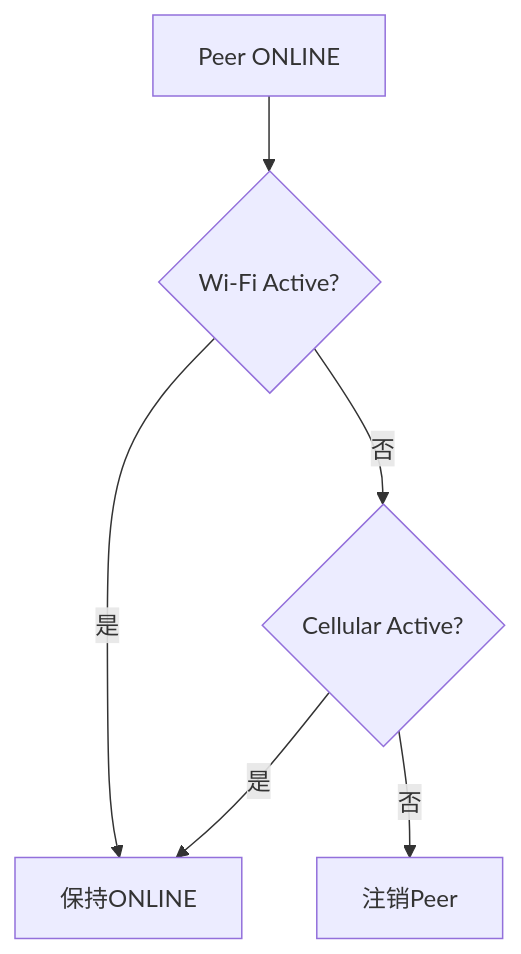
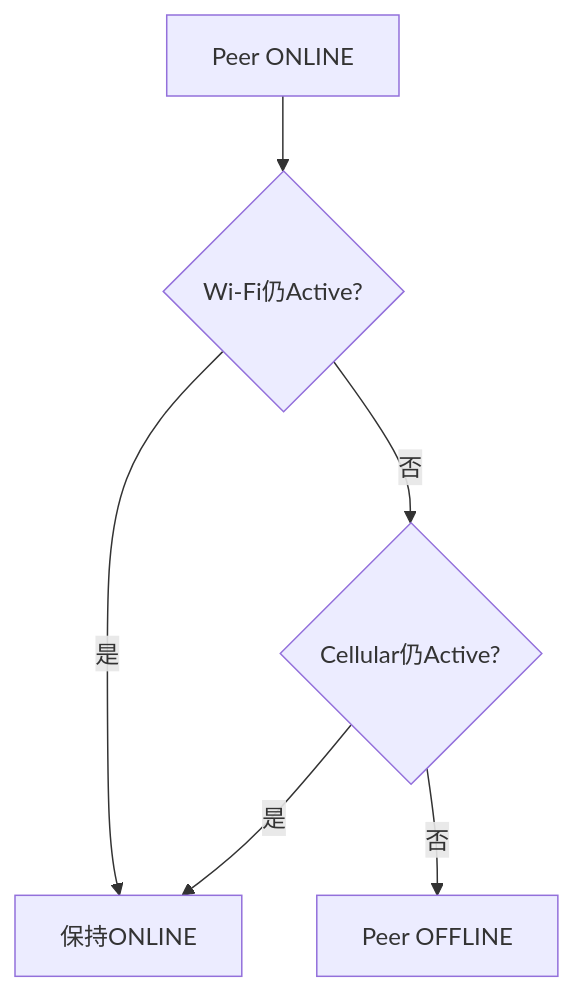
The eighth of 15 diagrams in linkg-project-plan/LinkG项目具体落实方案_模块化/03-M03-Node与Discovery设备发现.md (wnd443724421-cell/linkg), drawn with Mermaid before and after one commit. The commit also changed other lines of this file, not shown here.

````diff
--- a/linkg-project-plan/LinkG项目具体落实方案_模块化/03-M03-Node与Discovery设备发现.md
+++ b/linkg-project-plan/LinkG项目具体落实方案_模块化/03-M03-Node与Discovery设备发现.md
@@ -962,14 +329,14 @@
 ```mermaid
 flowchart TD
     P[Peer ONLINE]
-    W{Wi-Fi Active?}
-    C{Cellular Active?}
-    O[保持ONLINE]
-    D[注销Peer]
+    W{Wi-Fi仍Active?}
+    C{Cellular仍Active?}
+    KEEP[保持ONLINE]
+    OFF[Peer OFFLINE]
 
     P --> W
-    W -->|是| O
+    W -->|是| KEEP
     W -->|否| C
-    C -->|是| O
-    C -->|否| D
+    C -->|是| KEEP
+    C -->|否| OFF
 ```
````
